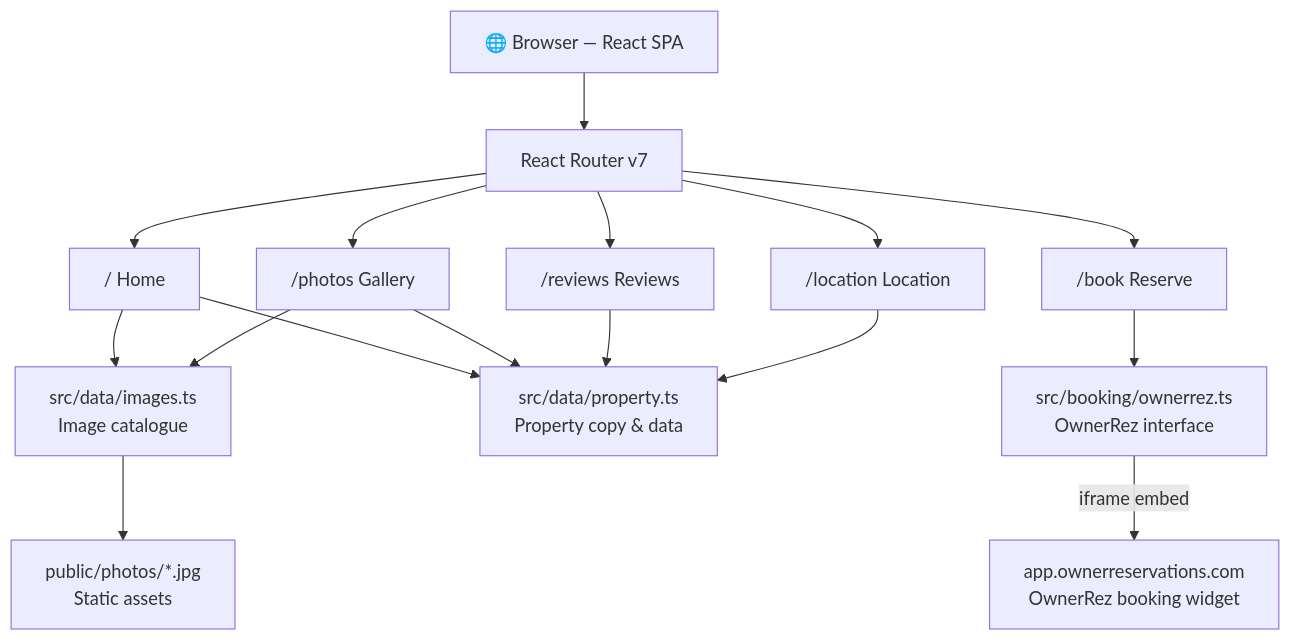
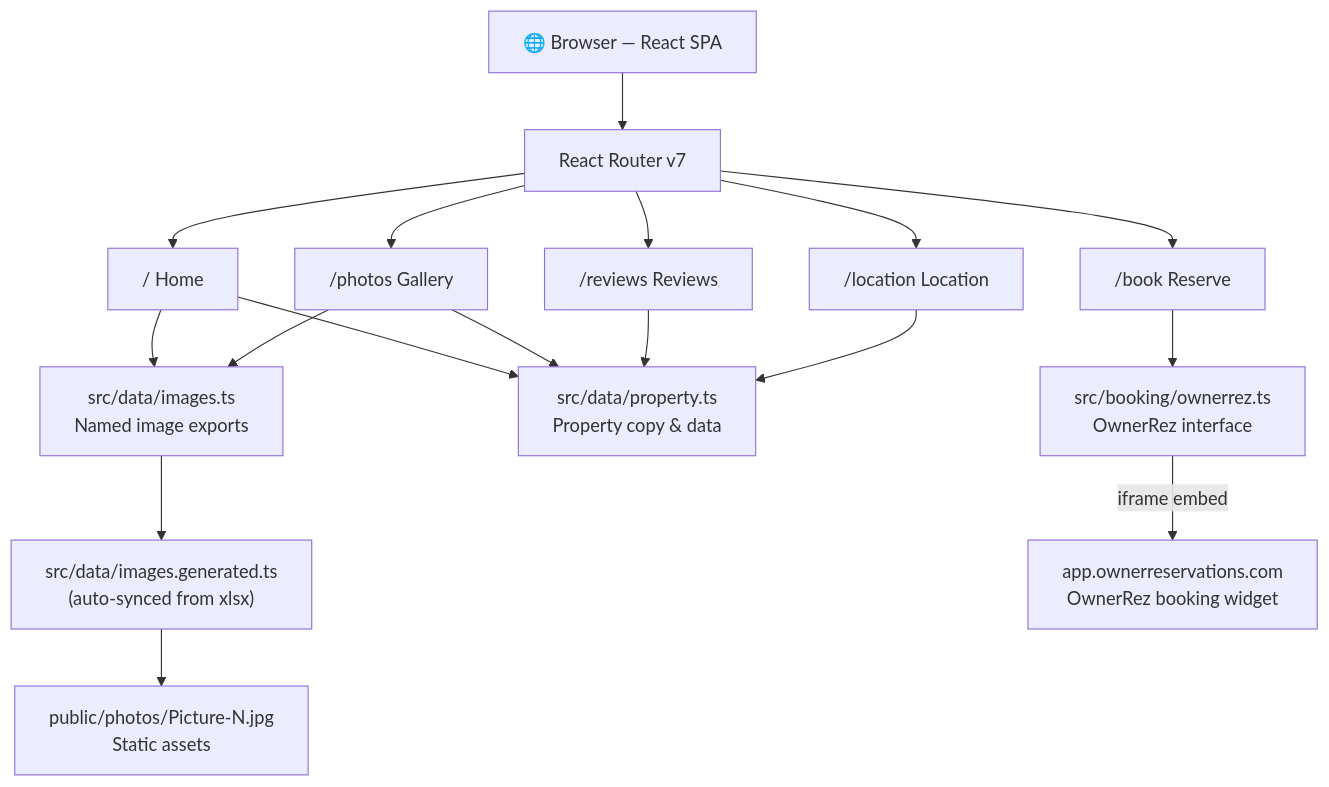
The first of 2 diagrams in README.md (gtech38/nirvana-cabin), drawn with Mermaid before and after one commit. The commit also changed other lines of this file and 8 other files, not shown here.

Commit message:
feat: xlsx driven image configuration

````diff
--- a/README.md
+++ b/README.md
@@ -12,19 +12,20 @@
 ```mermaid
 graph TD
     Browser["🌐 Browser — React SPA"]
 
     Browser --> Router["React Router v7"]
 
     Router --> Home["/ Home"]
     Router --> Photos["/photos Gallery"]
     Router --> Reviews["/reviews Reviews"]
     Router --> Location["/location Location"]
     Router --> Book["/book Reserve"]
 
-    Home & Photos --> ImagesTS["src/data/images.ts\nImage catalogue"]
+    Home & Photos --> ImagesTS["src/data/images.ts\nNamed image exports"]
+    ImagesTS --> Gen["src/data/images.generated.ts\n(auto-synced from xlsx)"]
     Home & Photos & Reviews & Location --> PropertyTS["src/data/property.ts\nProperty copy & data"]
     Book --> OwnerRez["src/booking/ownerrez.ts\nOwnerRez interface"]
 
-    ImagesTS --> StaticPhotos["public/photos/*.jpg\nStatic assets"]
+    Gen --> StaticPhotos["public/photos/Picture-N.jpg\nStatic assets"]
     OwnerRez -->|iframe embed| OwnerRezWidget["app.ownerreservations.com\nOwnerRez booking widget"]
 ```
````
